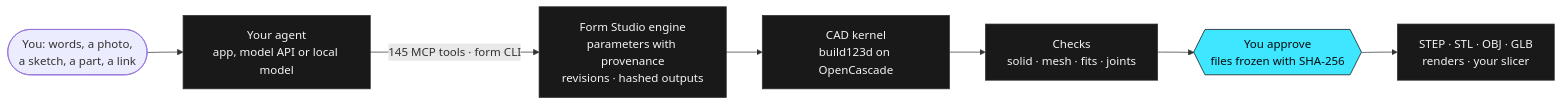
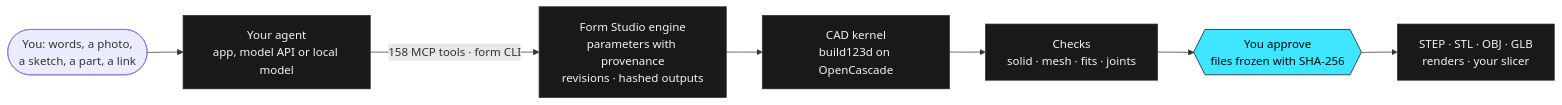
The diagram in README.md (kaizensx/form-studio), drawn with Mermaid before and after one commit. The commit also changed other lines of this file and 43 other files, not shown here.

````diff
--- a/README.md
+++ b/README.md
@@ -86,13 +86,13 @@
 ```mermaid
 flowchart LR
   you(["You: words, a photo,<br/>a sketch, a part, a link"]) --> agent["Your agent<br/>app, model API or local model"]
-  agent -- "145 MCP tools · form CLI" --> engine["Form Studio engine<br/>parameters with provenance<br/>revisions · hashed outputs"]
+  agent -- "158 MCP tools · form CLI" --> engine["Form Studio engine<br/>parameters with provenance<br/>revisions · hashed outputs"]
   engine --> kernel["CAD kernel<br/>build123d on OpenCascade"]
   kernel --> checks["Checks<br/>solid · mesh · fits · joints"]
   checks --> release{{"You approve<br/>files frozen with SHA-256"}}
   release --> out["STEP · STL · OBJ · GLB<br/>renders · your slicer"]
   classDef datum fill:#3ee6ff,stroke:#0b0b0c,color:#0b0b0c
   classDef plate fill:#19191a,stroke:#2f2f31,color:#f4f3f1
   class release datum
   class agent,engine,kernel,checks,out plate
 ```
````
